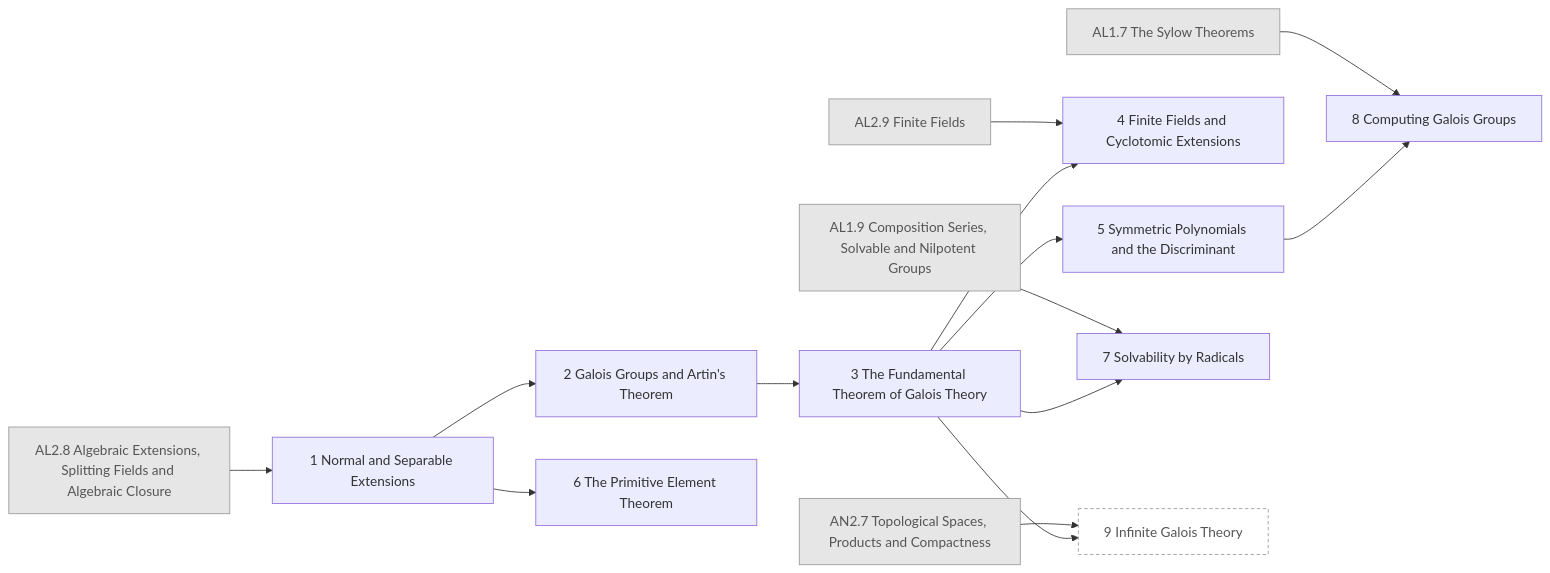
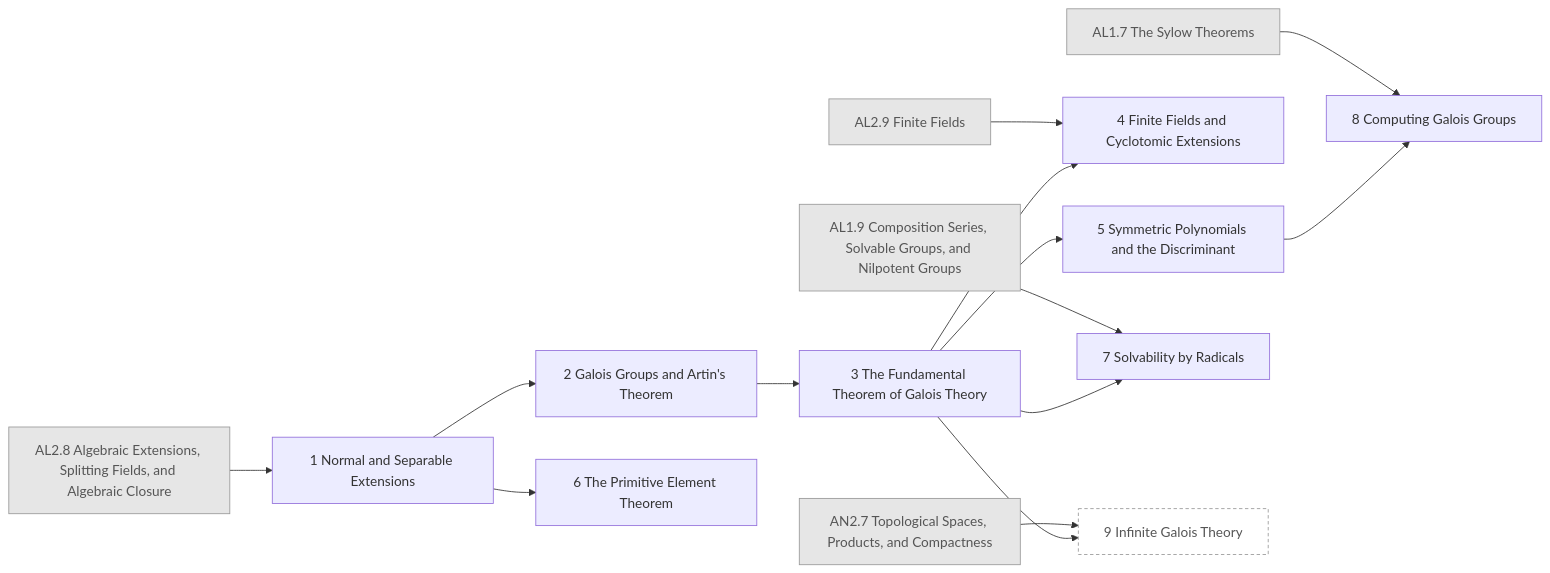
Diagram 14 of 26 in generated/README.md (AkizumiFox/math-atlas), drawn with Mermaid before and after one commit. The commit also changed other lines of this file and 24 other files, not shown here.

````diff
--- a/generated/README.md
+++ b/generated/README.md
@@ -398,33 +398,33 @@
 ```mermaid
 flowchart LR
-  AN2_7["AN2.7 Topological Spaces, Products and Compactness"]:::ext
+  AN2_7["AN2.7 Topological Spaces, Products, and Compactness"]:::ext
   AL1_7["AL1.7 The Sylow Theorems"]:::ext
-  AL1_9["AL1.9 Composition Series, Solvable and Nilpotent Groups"]:::ext
-  AL2_8["AL2.8 Algebraic Extensions, Splitting Fields and Algebraic Closure"]:::ext
+  AL1_9["AL1.9 Composition Series, Solvable Groups, and Nilpotent Groups"]:::ext
+  AL2_8["AL2.8 Algebraic Extensions, Splitting Fields, and Algebraic Closure"]:::ext
   AL2_9["AL2.9 Finite Fields"]:::ext
   AL3_1["1 Normal and Separable Extensions"]
   AL3_2["2 Galois Groups and Artin's Theorem"]
   AL3_3["3 The Fundamental Theorem of Galois Theory"]
   AL3_4["4 Finite Fields and Cyclotomic Extensions"]
   AL3_5["5 Symmetric Polynomials and the Discriminant"]
   AL3_6["6 The Primitive Element Theorem"]
   AL3_7["7 Solvability by Radicals"]
   AL3_8["8 Computing Galois Groups"]
   AL3_9["9 Infinite Galois Theory"]:::opt
   AL2_8 --> AL3_1
   AL3_1 --> AL3_2
   AL3_2 --> AL3_3
   AL2_9 --> AL3_4
   AL3_3 --> AL3_4
   AL3_3 --> AL3_5
   AL3_1 --> AL3_6
   AL1_9 --> AL3_7
   AL3_3 --> AL3_7
   AL1_7 --> AL3_8
   AL3_5 --> AL3_8
   AN2_7 --> AL3_9
   AL3_3 --> AL3_9
   classDef ext fill:#e6e6e6,stroke:#999,color:#555
   classDef opt fill:#fff,stroke:#999,stroke-dasharray:4 3,color:#555
   classDef segb fill:#f6f6fb,stroke:#99a,color:#333
 ```
````
